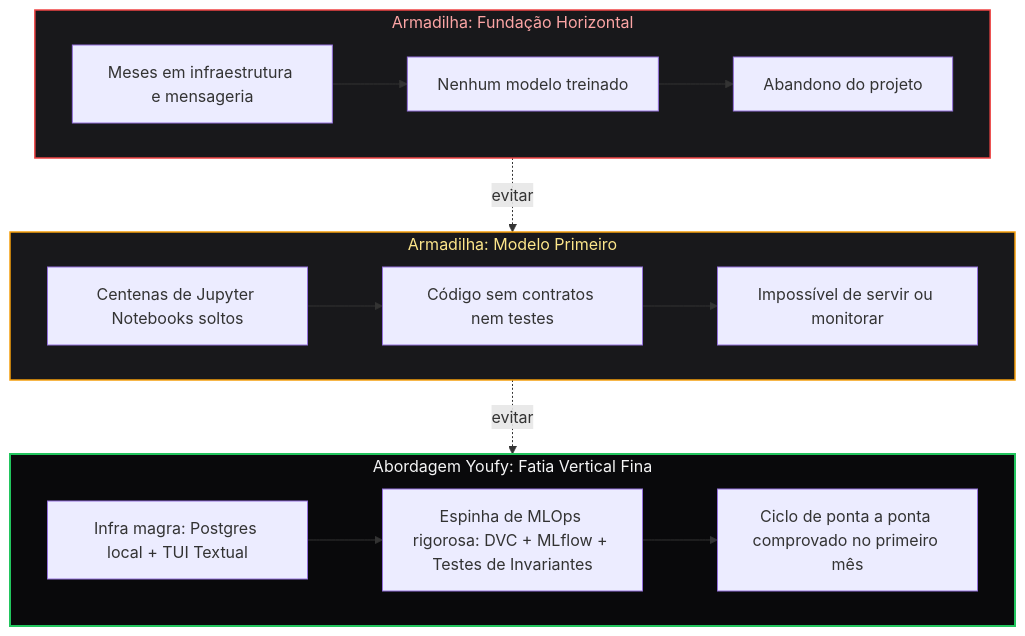
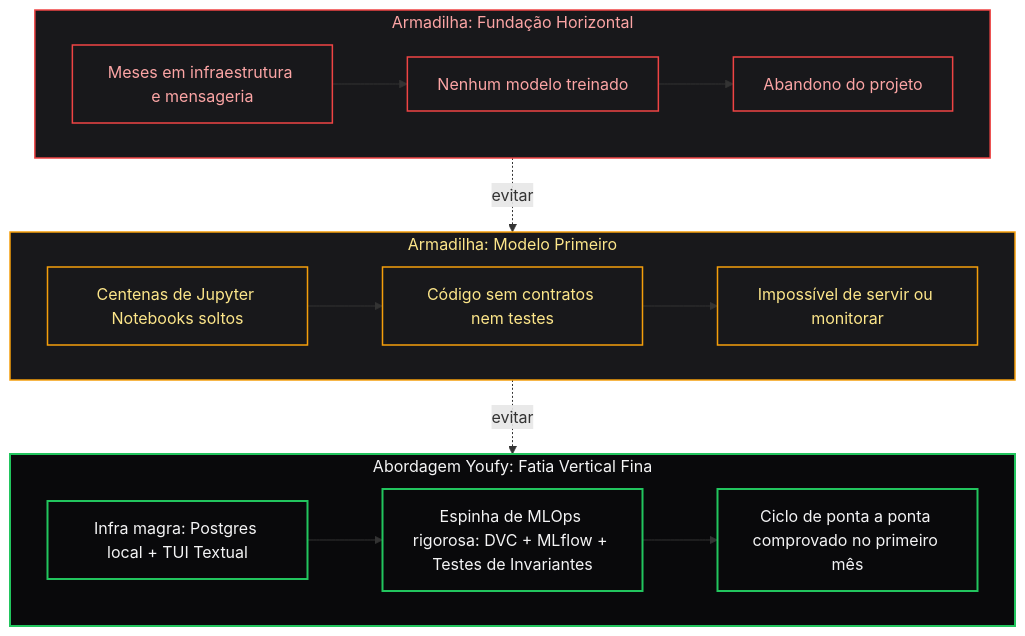
One commit to Oseiasdfarias/youfy changed the fourth of 4 diagrams in docs/arquitetura/decisoes.md. Above: the diagram before and after it, drawn with Mermaid. The commit also changed other lines of this file and 2 other files, not shown here.

Commit message:
style(docs): compatibiliza diagramas mermaid com o tema light em todas as paginas

````diff
--- a/docs/arquitetura/decisoes.md
+++ b/docs/arquitetura/decisoes.md
@@ -96,21 +100,24 @@
 ```mermaid
 flowchart TD
     subgraph S_FH["Armadilha: Fundação Horizontal"]
         FH1["Meses em infraestrutura e mensageria"] --> FH2["Nenhum modelo treinado"] --> FH3["Abandono do projeto"]
     end
 
     subgraph S_MP["Armadilha: Modelo Primeiro"]
         MP1["Centenas de Jupyter Notebooks soltos"] --> MP2["Código sem contratos nem testes"] --> MP3["Impossível de servir ou monitorar"]
     end
 
     subgraph S_YF["Abordagem Youfy: Fatia Vertical Fina"]
         Y1["Infra magra: Postgres local + TUI Textual"] --> Y2["Espinha de MLOps rigorosa: DVC + MLflow + Testes de Invariantes"] --> Y3["Ciclo de ponta a ponta comprovado no primeiro mês"]
     end
 
     S_FH -. "evitar" .-> S_MP
     S_MP -. "evitar" .-> S_YF
 
-    style S_FH fill:#18181b,stroke:#ef4444,stroke-width:1.5px,color:#fca5a5
-    style S_MP fill:#18181b,stroke:#f59e0b,stroke-width:1.5px,color:#fde68a
-    style S_YF fill:#09090b,stroke:#22c55e,stroke-width:2px,color:#f4f4f5
+    classDef fhStyle fill:#18181b,stroke:#ef4444,stroke-width:1.5px,color:#fca5a5;
+    classDef mpStyle fill:#18181b,stroke:#f59e0b,stroke-width:1.5px,color:#fde68a;
+    classDef yfStyle fill:#09090b,stroke:#22c55e,stroke-width:2px,color:#f4f4f5;
+    class S_FH,FH1,FH2,FH3 fhStyle;
+    class S_MP,MP1,MP2,MP3 mpStyle;
+    class S_YF,Y1,Y2,Y3 yfStyle;
 ```
````
